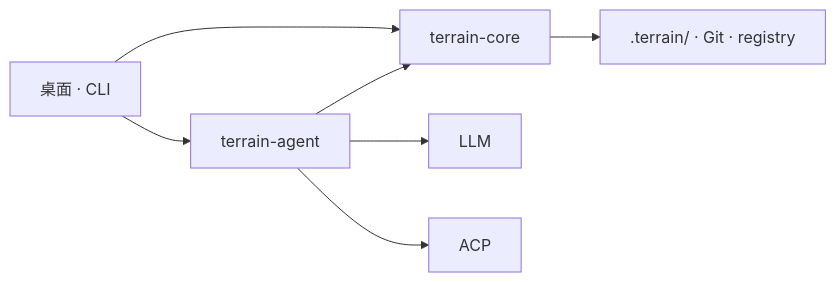
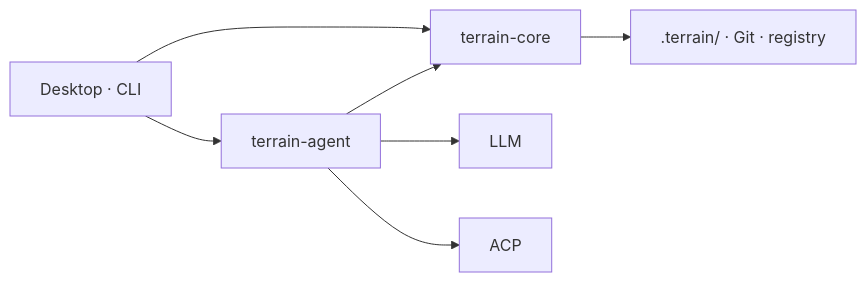
One commit to sopaco/terrain changed the diagram in README_zh.md. Above: the diagram before and after it, drawn with Mermaid. The commit also changed other lines of this file and 1 other file, not shown here.

````diff
--- a/README_zh.md
+++ b/README_zh.md
@@ -217,9 +218,9 @@
 ```mermaid
 graph LR
-    Chan[桌面 · CLI] --> Intel[terrain-agent]
+    Chan[Desktop · CLI] --> Intel[terrain-agent]
     Chan --> Core[terrain-core]
     Intel --> Core
     Intel --> LLM[LLM]
     Intel --> ACP[ACP]
     Core --> FS[".terrain/ · Git · registry"]
 ```
````
